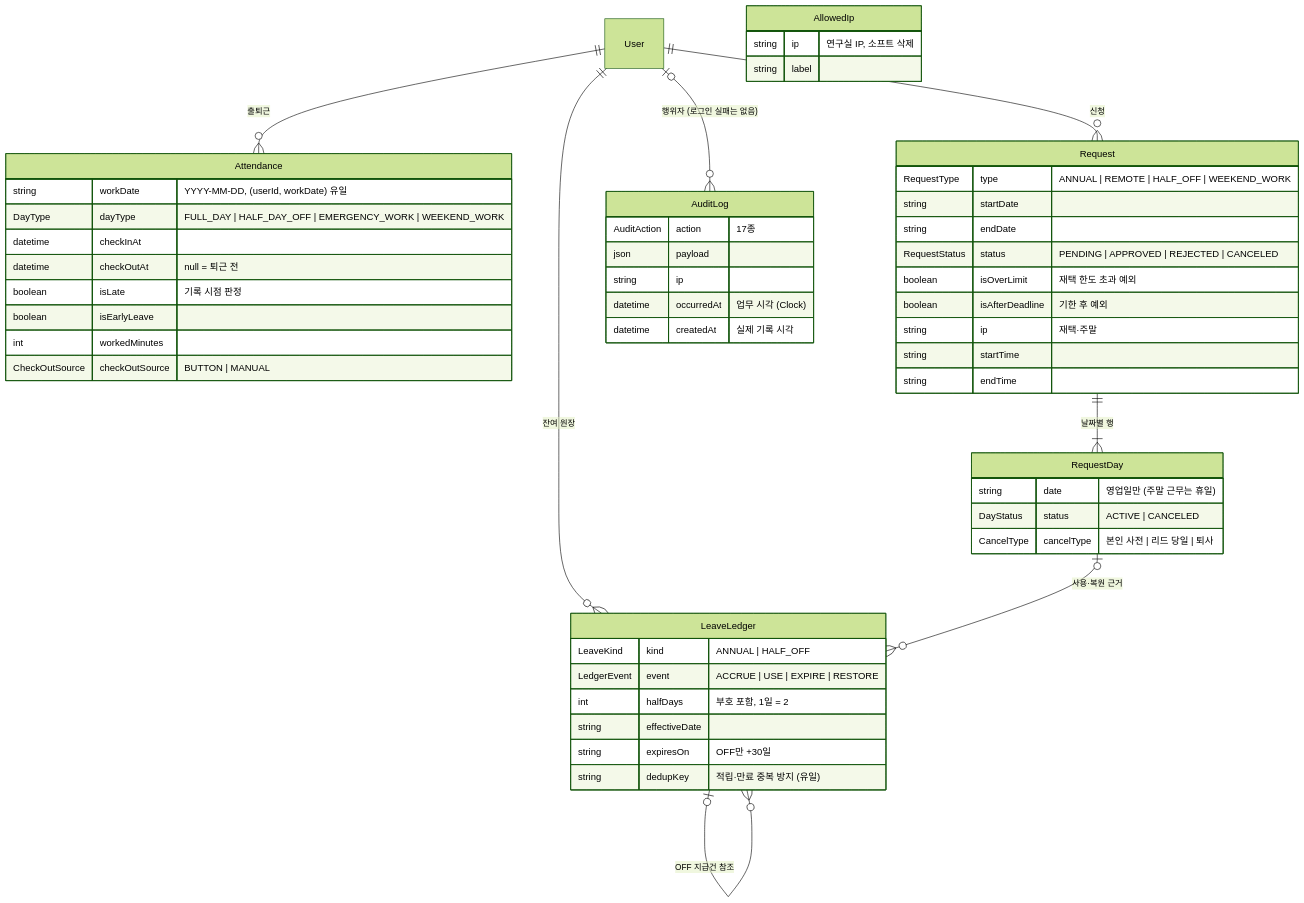
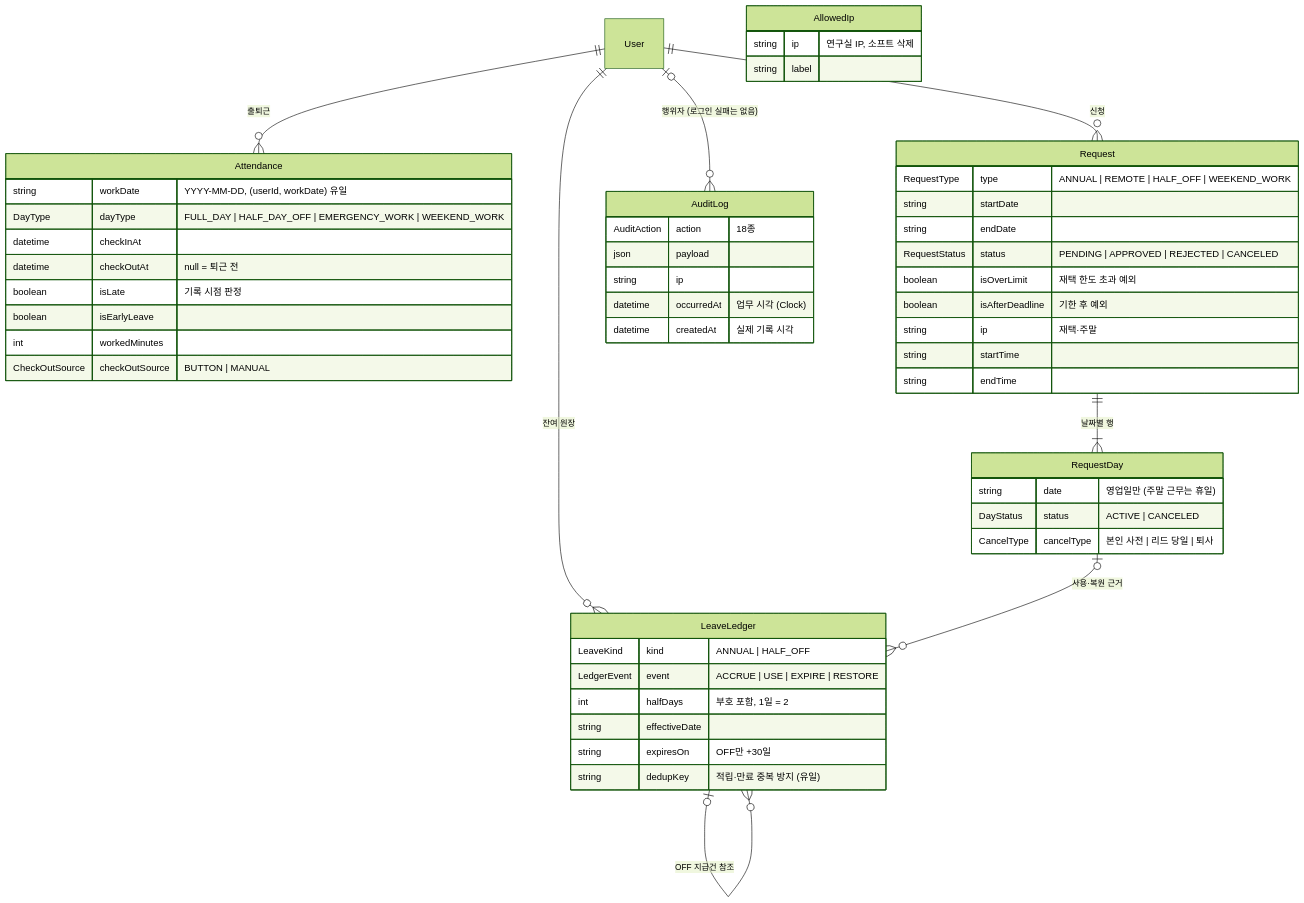
Before and after one commit to doosup/team-attendance-system: the second of 2 diagrams in README.md, drawn with Mermaid (forest theme). The commit also changed other lines of this file and 20 other files, not shown here.

````diff
--- a/README.md
+++ b/README.md
@@ -168,56 +168,56 @@
 ```mermaid
 erDiagram
     User ||--o{ Attendance : "출퇴근"
     User ||--o{ Request : "신청"
     Request ||--|{ RequestDay : "날짜별 행"
     User ||--o{ LeaveLedger : "잔여 원장"
     RequestDay |o--o{ LeaveLedger : "사용·복원 근거"
     LeaveLedger |o--o{ LeaveLedger : "OFF 지급건 참조"
     User |o--o{ AuditLog : "행위자 (로그인 실패는 없음)"
 
     Attendance {
         string workDate "YYYY-MM-DD, (userId, workDate) 유일"
         DayType dayType "FULL_DAY | HALF_DAY_OFF | EMERGENCY_WORK | WEEKEND_WORK"
         datetime checkInAt
         datetime checkOutAt "null = 퇴근 전"
         boolean isLate "기록 시점 판정"
         boolean isEarlyLeave
         int workedMinutes
         CheckOutSource checkOutSource "BUTTON | MANUAL"
     }
     Request {
         RequestType type "ANNUAL | REMOTE | HALF_OFF | WEEKEND_WORK"
         string startDate
         string endDate
         RequestStatus status "PENDING | APPROVED | REJECTED | CANCELED"
         boolean isOverLimit "재택 한도 초과 예외"
         boolean isAfterDeadline "기한 후 예외"
         string ip "재택·주말"
         string startTime
         string endTime
     }
     RequestDay {
         string date "영업일만 (주말 근무는 휴일)"
         DayStatus status "ACTIVE | CANCELED"
         CancelType cancelType "본인 사전 | 리드 당일 | 퇴사"
     }
     LeaveLedger {
         LeaveKind kind "ANNUAL | HALF_OFF"
         LedgerEvent event "ACCRUE | USE | EXPIRE | RESTORE"
         int halfDays "부호 포함, 1일 = 2"
         string effectiveDate
         string expiresOn "OFF만 +30일"
         string dedupKey "적립·만료 중복 방지 (유일)"
     }
     AllowedIp {
         string ip "연구실 IP, 소프트 삭제"
         string label
     }
     AuditLog {
-        AuditAction action "17종"
+        AuditAction action "18종"
         json payload
         string ip
         datetime occurredAt "업무 시각 (Clock)"
         datetime createdAt "실제 기록 시각"
     }
 ```
````
